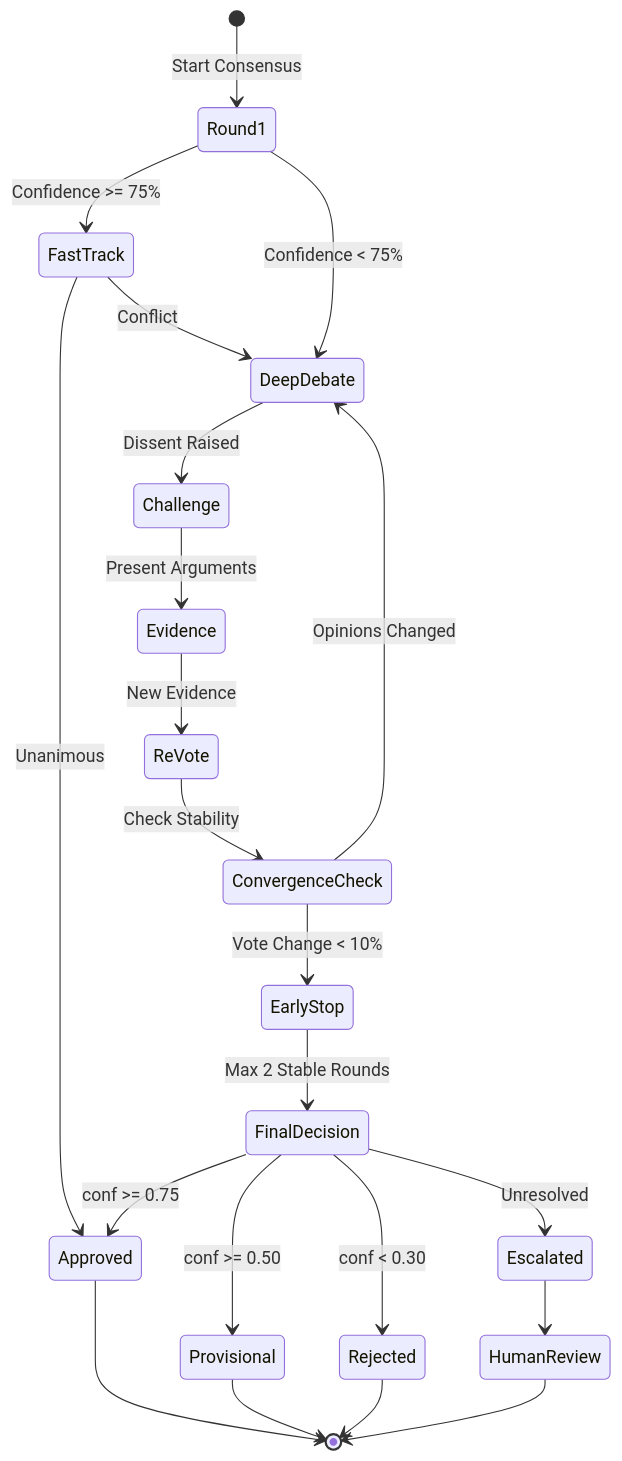
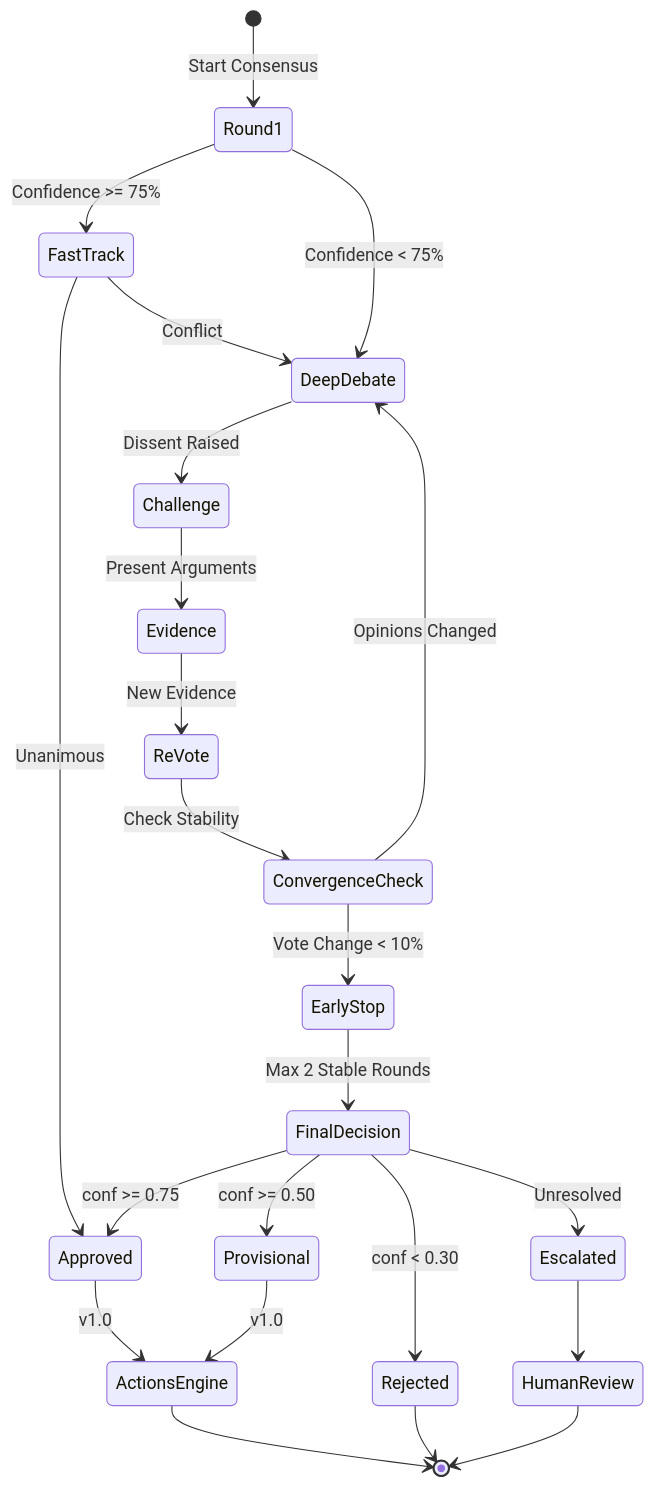
Before and after one commit to sabill123/ontology: the ninth of 11 diagrams in docs/diagrams/04-consensus-engine.md, drawn with Mermaid. The commit also changed other lines of this file and 176 other files, not shown here.

````diff
--- a/docs/diagrams/04-consensus-engine.md
+++ b/docs/diagrams/04-consensus-engine.md
@@ -352,31 +444,32 @@
 ```mermaid
 stateDiagram-v2
     [*] --> Round1: Start Consensus
 
     Round1 --> FastTrack: Confidence >= 75%
     Round1 --> DeepDebate: Confidence < 75%
 
     FastTrack --> Approved: Unanimous
     FastTrack --> DeepDebate: Conflict
 
     DeepDebate --> Challenge: Dissent Raised
     Challenge --> Evidence: Present Arguments
     Evidence --> ReVote: New Evidence
     ReVote --> ConvergenceCheck: Check Stability
 
     ConvergenceCheck --> EarlyStop: Vote Change < 10%
     ConvergenceCheck --> DeepDebate: Opinions Changed
 
     EarlyStop --> FinalDecision: Max 2 Stable Rounds
 
     FinalDecision --> Approved: conf >= 0.75
     FinalDecision --> Provisional: conf >= 0.50
     FinalDecision --> Rejected: conf < 0.30
     FinalDecision --> Escalated: Unresolved
 
-    Approved --> [*]
-    Provisional --> [*]
+    Approved --> ActionsEngine: v1.0
+    Provisional --> ActionsEngine: v1.0
     Rejected --> [*]
     Escalated --> HumanReview
+    ActionsEngine --> [*]
     HumanReview --> [*]
 ```
````
